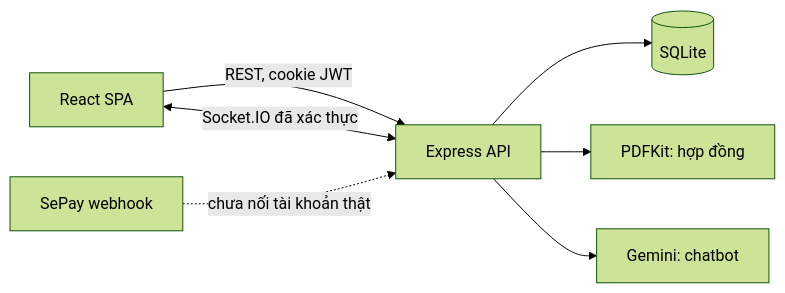
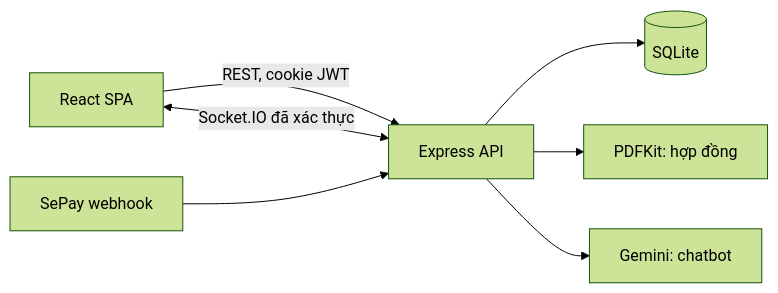
The first of 2 diagrams in README.md (nvanbao/HostelMate), drawn with Mermaid (forest theme) before and after one commit. The commit also changed other lines of this file and 2 other files, not shown here.

Commit message:
docs: update project owner and SePay setup notes

````diff
--- a/README.md
+++ b/README.md
@@ -41,9 +41,9 @@
 ```mermaid
 flowchart LR
     Browser["React SPA"] -->|REST, cookie JWT| API["Express API"]
     Browser <-->|Socket.IO đã xác thực| API
     API --> DB[("SQLite")]
     API --> PDF["PDFKit: hợp đồng"]
     API --> AI["Gemini: chatbot"]
-    Bank["SePay webhook"] -.->|chưa nối tài khoản thật| API
+    Bank["SePay webhook"] --> API
 ```
````
